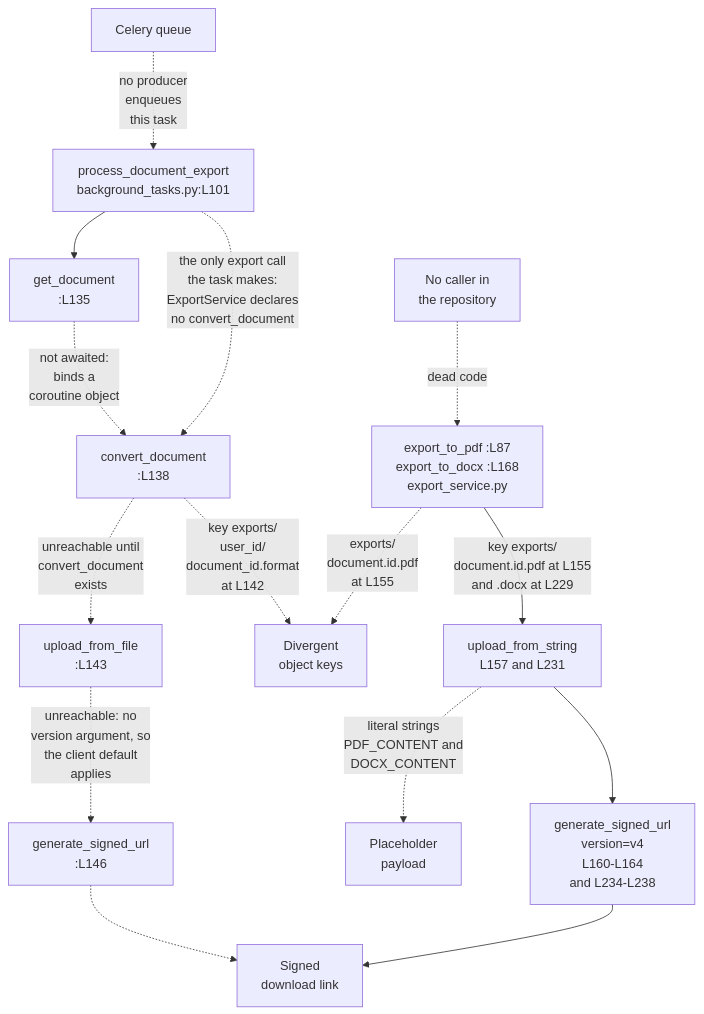
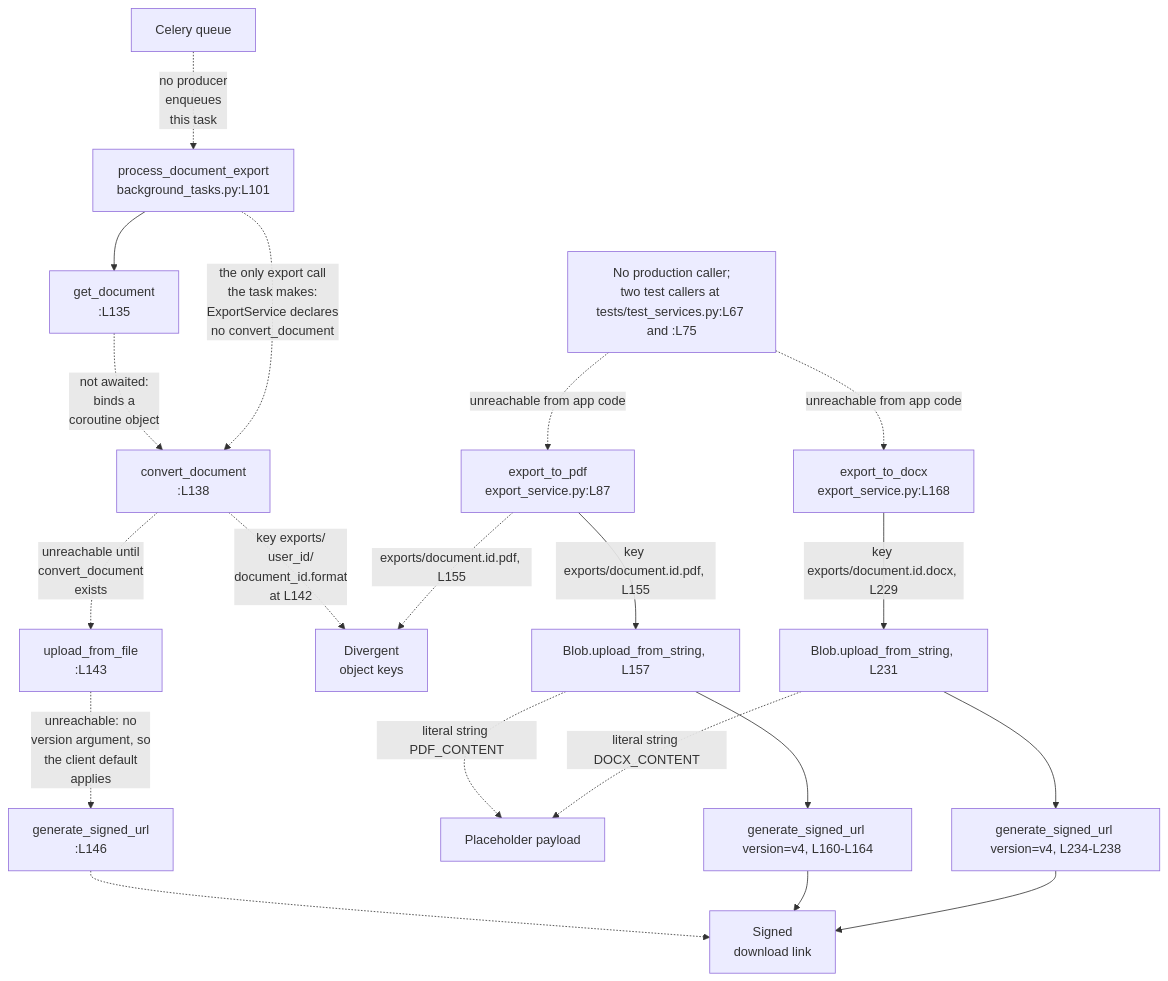
Before and after one commit to blitzy-public-samples/microsoft-word-u33ko0: the second of 2 diagrams in backend/app/services/README.md, drawn with Mermaid. The commit also changed other lines of this file and 50 other files, not shown here.

````diff
--- a/backend/app/services/README.md
+++ b/backend/app/services/README.md
@@ -172,22 +173,27 @@
 ```mermaid
 flowchart TD
     accTitle: The export job lifecycle across the task and the two service methods
     accDescr: The task path cannot complete because ExportService declares no convert_document. The two written service methods are dead code with no caller, and the two paths build divergent object keys. The two methods share one column because their structure is identical, and both line numbers appear in each node.
     Q["Celery queue"] -.->|"no producer<br/>enqueues<br/>this task"| T["process_document_export<br/>background_tasks.py:L101"]
     T --> G["get_document<br/>:L135"]
     G -.->|"not awaited:<br/>binds a<br/>coroutine object"| C
     T -.->|"the only export call<br/>the task makes:<br/>ExportService declares<br/>no convert_document"| C["convert_document<br/>:L138"]
     C -.->|"unreachable until<br/>convert_document<br/>exists"| UT["upload_from_file<br/>:L143"]
     UT -.->|"unreachable: no<br/>version argument, so<br/>the client default<br/>applies"| ST["generate_signed_url<br/>:L146"]
     ST -.-> URL["Signed<br/>download link"]
     C -.->|"key exports/<br/>user_id/<br/>document_id.format<br/>at L142"| K["Divergent<br/>object keys"]
 
-    NC["No caller in<br/>the repository"] -.->|"dead code"| PD["export_to_pdf :L87<br/>export_to_docx :L168<br/>export_service.py"]
-    PD -->|"key exports/<br/>document.id.pdf at L155<br/>and .docx at L229"| UPD["upload_from_string<br/>L157 and L231"]
-    UPD -.->|"literal strings<br/>PDF_CONTENT and<br/>DOCX_CONTENT"| PL["Placeholder<br/>payload"]
-    UPD --> SPD["generate_signed_url<br/>version=v4<br/>L160-L164<br/>and L234-L238"]
-    SPD --> URL
-    PD -.->|"exports/<br/>document.id.pdf<br/>at L155"| K
+    NC["No production caller;<br/>two test callers at tests/test_services.py:L67 and :L75"] -.->|"unreachable from app code"| P["export_to_pdf<br/>export_service.py:L87"]
+    NC -.->|"unreachable from app code"| D["export_to_docx<br/>export_service.py:L168"]
+    P -->|"key exports/document.id.pdf, L155"| UP["Blob.upload_from_string, L157"]
+    D -->|"key exports/document.id.docx, L229"| UD["Blob.upload_from_string, L231"]
+    UP -.->|"literal string PDF_CONTENT"| PL["Placeholder payload"]
+    UD -.->|"literal string DOCX_CONTENT"| PL
+    UP --> SP["generate_signed_url version=v4, L160-L164"]
+    UD --> SD["generate_signed_url version=v4, L234-L238"]
+    SP --> URL
+    SD --> URL
+    P -.->|"exports/document.id.pdf, L155"| K
 %% Dashed edges mark a call that does not exist or cannot resolve.
 %% Solid edges inside export_to_pdf and export_to_docx are written and unreached.
 ```
````
